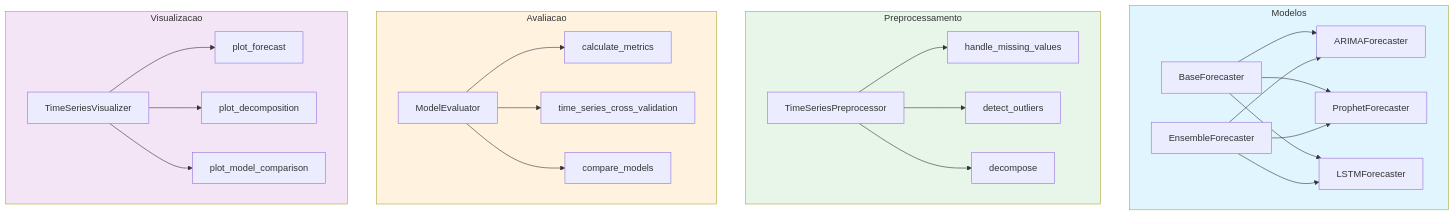
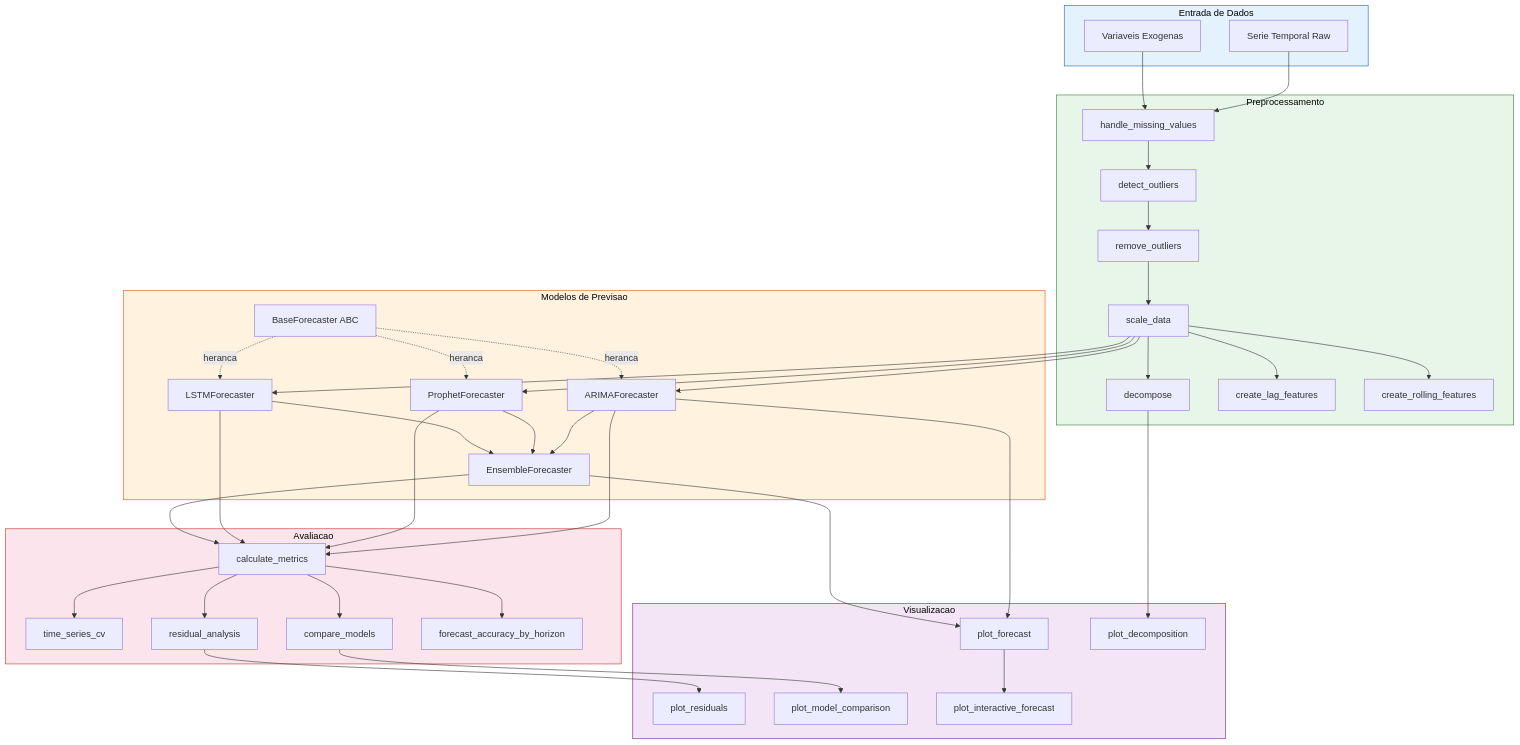
The first of 4 diagrams in README.md (galafis/time-series-forecasting-engine), drawn with Mermaid before and after one commit. The commit also changed other lines of this file and 1 other file, not shown here.

````diff
--- a/README.md
+++ b/README.md
@@ -34,52 +62,76 @@
 ```mermaid
-graph TB
-    subgraph Modelos["Modelos"]
-        A[BaseForecaster]
-        B[ARIMAForecaster]
-        C[ProphetForecaster]
-        D[LSTMForecaster]
-        E[EnsembleForecaster]
+graph TD
+    subgraph Input["Entrada de Dados"]
+        style Input fill:#e3f2fd,stroke:#1565c0,color:#000
+        A1[Serie Temporal Raw]
+        A2[Variaveis Exogenas]
     end
 
-    subgraph Preprocessamento["Preprocessamento"]
-        F[TimeSeriesPreprocessor]
-        G[handle_missing_values]
-        H[detect_outliers]
-        I[decompose]
+    subgraph Preprocessing["Preprocessamento"]
+        style Preprocessing fill:#e8f5e9,stroke:#2e7d32,color:#000
+        B1[handle_missing_values]
+        B2[detect_outliers]
+        B3[remove_outliers]
+        B4[scale_data]
+        B5[decompose]
+        B6[create_lag_features]
+        B7[create_rolling_features]
     end
 
-    subgraph Avaliacao["Avaliacao"]
-        J[ModelEvaluator]
-        K[calculate_metrics]
-        L[time_series_cross_validation]
-        M[compare_models]
+    subgraph Models["Modelos de Previsao"]
+        style Models fill:#fff3e0,stroke:#e65100,color:#000
+        C0[BaseForecaster ABC]
+        C1[ARIMAForecaster]
+        C2[ProphetForecaster]
+        C3[LSTMForecaster]
+        C4[EnsembleForecaster]
     end
 
-    subgraph Visualizacao["Visualizacao"]
-        N[TimeSeriesVisualizer]
-        O[plot_forecast]
-        P[plot_decomposition]
-        Q[plot_model_comparison]
+    subgraph Evaluation["Avaliacao"]
+        style Evaluation fill:#fce4ec,stroke:#c62828,color:#000
+        D1[calculate_metrics]
+        D2[time_series_cv]
+        D3[compare_models]
+        D4[residual_analysis]
+        D5[forecast_accuracy_by_horizon]
     end
 
-    A --> B
-    A --> C
-    A --> D
-    E --> B
-    E --> C
-    E --> D
-    F --> G
-    F --> H
-    F --> I
-    J --> K
-    J --> L
-    J --> M
-    N --> O
-    N --> P
-    N --> Q
+    subgraph Visualization["Visualizacao"]
+        style Visualization fill:#f3e5f5,stroke:#6a1b9a,color:#000
+        E1[plot_forecast]
+        E2[plot_residuals]
+        E3[plot_decomposition]
+        E4[plot_model_comparison]
+        E5[plot_interactive_forecast]
+    end
 
-    style Modelos fill:#e1f5fe
-    style Preprocessamento fill:#e8f5e9
-    style Avaliacao fill:#fff3e0
-    style Visualizacao fill:#f3e5f5
+    A1 --> B1
+    A2 --> B1
+    B1 --> B2 --> B3 --> B4
+    B4 --> B5
+    B4 --> B6
+    B4 --> B7
+    B4 --> C1
+    B4 --> C2
+    B4 --> C3
+    C0 -.->|heranca| C1
+    C0 -.->|heranca| C2
+    C0 -.->|heranca| C3
+    C1 --> C4
+    C2 --> C4
+    C3 --> C4
+    C1 --> D1
+    C2 --> D1
+    C3 --> D1
+    C4 --> D1
+    D1 --> D2
+    D1 --> D3
+    D1 --> D4
+    D1 --> D5
+    D3 --> E4
+    D4 --> E2
+    C1 --> E1
+    C4 --> E1
+    B5 --> E3
+    E1 --> E5
 ```
````
